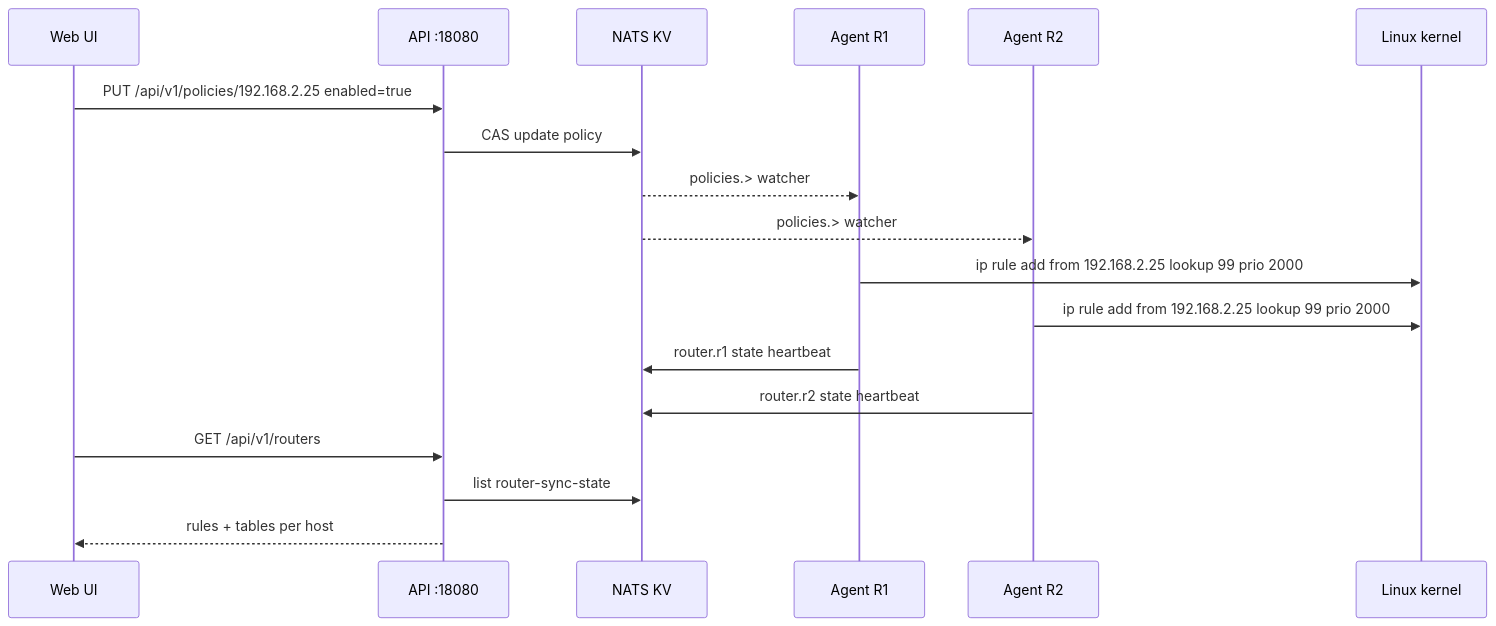
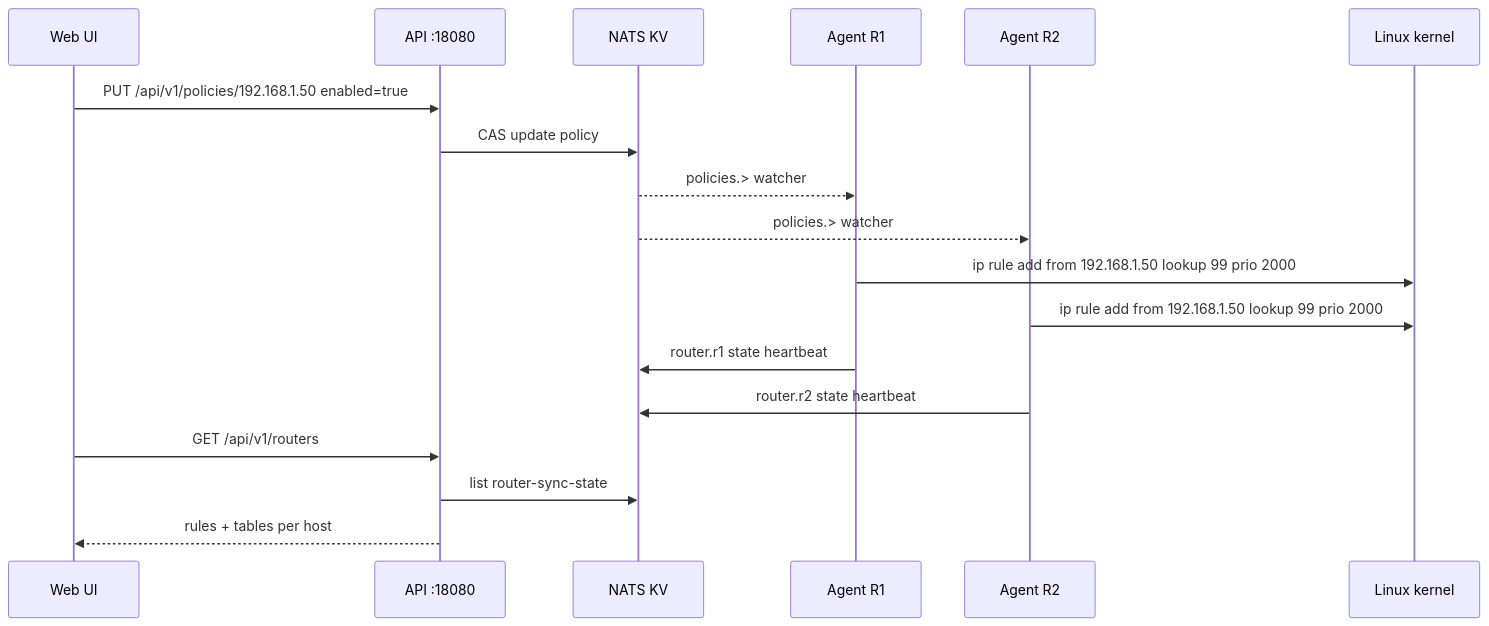
One commit to fcastello/router-sync changed the fifth of 5 diagrams in ARCHITECTURE.md. Above: the diagram before and after it, drawn with Mermaid. The commit also changed other lines of this file and 23 other files, not shown here.

````diff
--- a/ARCHITECTURE.md
+++ b/ARCHITECTURE.md
@@ -163,21 +163,21 @@
 ```mermaid
 sequenceDiagram
     participant UI as Web UI
     participant API as API :18080
     participant NATS as NATS KV
     participant A1 as Agent R1
     participant A2 as Agent R2
     participant K as Linux kernel
 
-    UI->>API: PUT /api/v1/policies/192.168.2.25 enabled=true
+    UI->>API: PUT /api/v1/policies/192.168.1.50 enabled=true
     API->>NATS: CAS update policy
     NATS-->>A1: policies.> watcher
     NATS-->>A2: policies.> watcher
-    A1->>K: ip rule add from 192.168.2.25 lookup 99 prio 2000
-    A2->>K: ip rule add from 192.168.2.25 lookup 99 prio 2000
+    A1->>K: ip rule add from 192.168.1.50 lookup 99 prio 2000
+    A2->>K: ip rule add from 192.168.1.50 lookup 99 prio 2000
     A1->>NATS: router.r1 state heartbeat
     A2->>NATS: router.r2 state heartbeat
     UI->>API: GET /api/v1/routers
     API->>NATS: list router-sync-state
     API-->>UI: rules + tables per host
 ```
````
